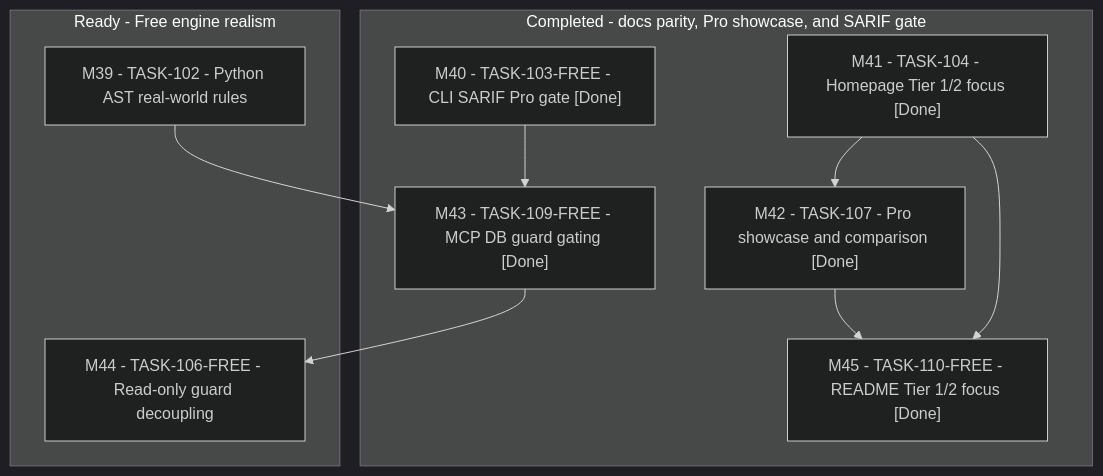
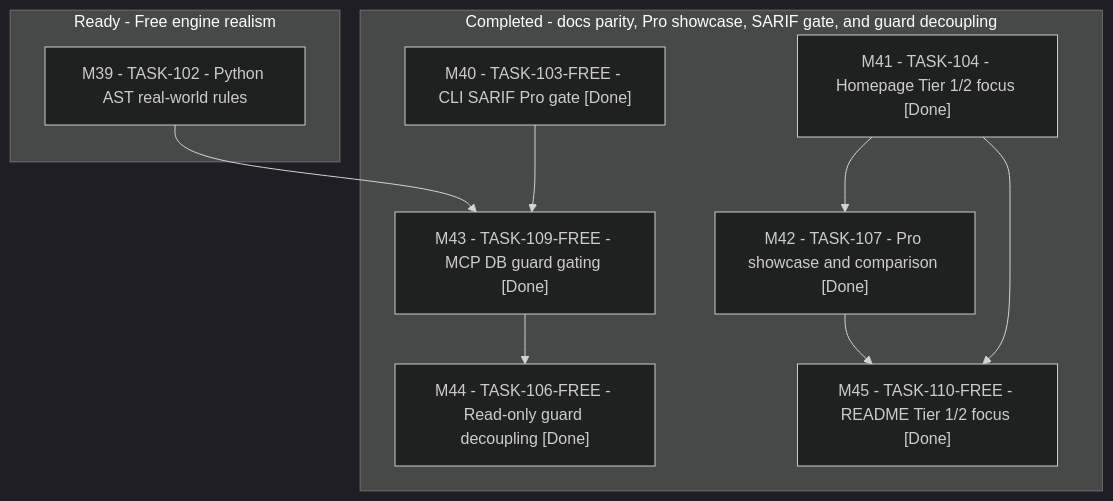
Before and after one commit to JMartynov/verityredteam-free: the diagram in docs/reports/FEATURE_REALISM_ACTION_PLAN_AND_TASKS.md, drawn with Mermaid (dark theme). The commit also changed other lines of this file and 5 other files, not shown here.

Commit message:
docs(M44): mark M44 Done, document Wave 4 decoupling, and rebuild docs portal

```diff
--- a/docs/reports/FEATURE_REALISM_ACTION_PLAN_AND_TASKS.md
+++ b/docs/reports/FEATURE_REALISM_ACTION_PLAN_AND_TASKS.md
@@ -28,22 +28,22 @@
 ~~~mermaid
 flowchart TD
-  subgraph Completed["Completed - docs parity, Pro showcase, and SARIF gate"]
+  subgraph Completed["Completed - docs parity, Pro showcase, SARIF gate, and guard decoupling"]
     M40["M40 - TASK-103-FREE - CLI SARIF Pro gate [Done]"]
     M41["M41 - TASK-104 - Homepage Tier 1/2 focus [Done]"]
     M42["M42 - TASK-107 - Pro showcase and comparison [Done]"]
     M43["M43 - TASK-109-FREE - MCP DB guard gating [Done]"]
+    M44["M44 - TASK-106-FREE - Read-only guard decoupling [Done]"]
     M45["M45 - TASK-110-FREE - README Tier 1/2 focus [Done]"]
   end
   subgraph Ready["Ready - Free engine realism"]
     M39["M39 - TASK-102 - Python AST real-world rules"]
-    M44["M44 - TASK-106-FREE - Read-only guard decoupling"]
   end
 
   M41 --> M42
   M42 --> M45
   M41 --> M45
 
   M39 --> M43
   M40 --> M43
   M43 --> M44
 ~~~
```
